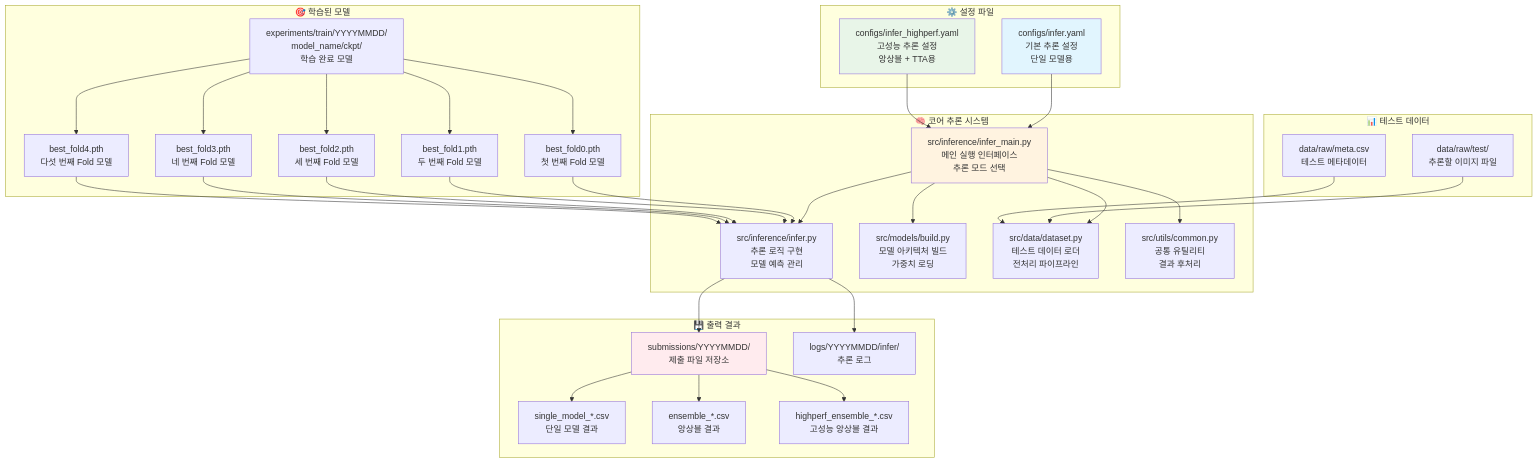
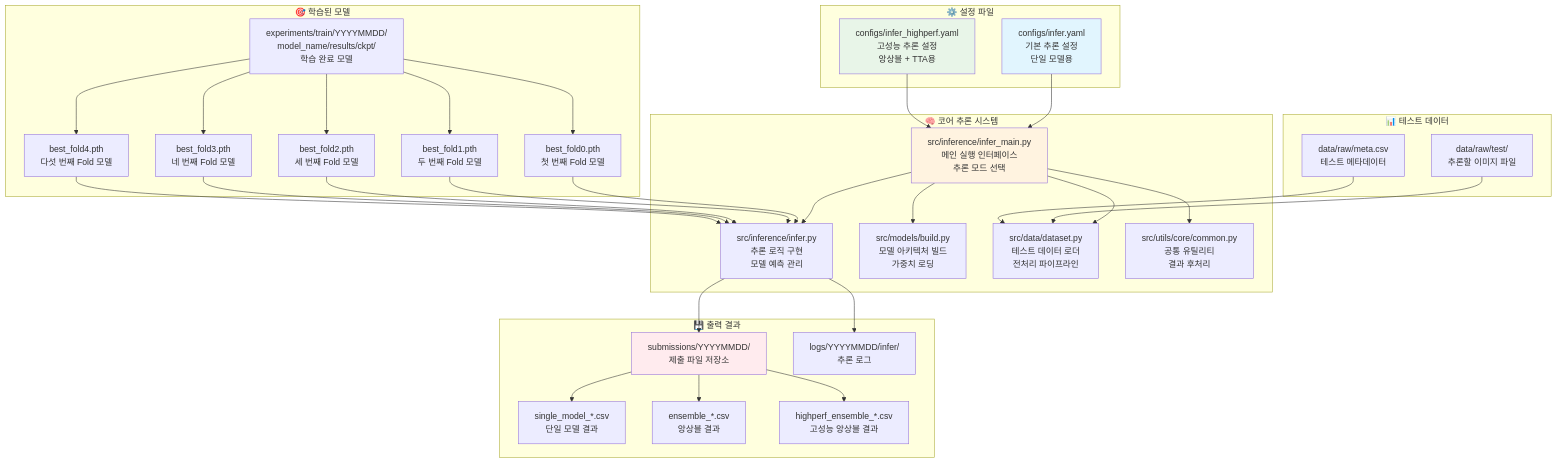
Before and after one commit to nimnusmik/CV_documents_classification_competition: the third of 3 diagrams in docs/추론_파이프라인_가이드.md, drawn with Mermaid. The commit also changed other lines of this file and 2 other files, not shown here.

First line of the commit message:
feat: experiments 디렉토리 구조 변경사항 문서 반영

````diff
--- a/docs/추론_파이프라인_가이드.md
+++ b/docs/추론_파이프라인_가이드.md
@@ -50,71 +50,71 @@
 ```mermaid
 graph TB
     subgraph "⚙️ 설정 파일"
         CONFIG1[configs/infer.yaml<br/>기본 추론 설정<br/>단일 모델용]
         CONFIG2[configs/infer_highperf.yaml<br/>고성능 추론 설정<br/>앙상블 + TTA용]
     end
     
     subgraph "🧠 코어 추론 시스템"
         MAIN[src/inference/infer_main.py<br/>메인 실행 인터페이스<br/>추론 모드 선택]
         INFER[src/inference/infer.py<br/>추론 로직 구현<br/>모델 예측 관리]
         MODELS[src/models/build.py<br/>모델 아키텍처 빌드<br/>가중치 로딩]
         DATA[src/data/dataset.py<br/>테스트 데이터 로더<br/>전처리 파이프라인]
-        UTILS[src/utils/common.py<br/>공통 유틸리티<br/>결과 후처리]
+        UTILS[src/utils/core/common.py<br/>공통 유틸리티<br/>결과 후처리]
     end
     
     subgraph "🎯 학습된 모델"
-        EXP[experiments/train/YYYYMMDD/<br/>model_name/ckpt/<br/>학습 완료 모델]
+        EXP[experiments/train/YYYYMMDD/<br/>model_name/results/ckpt/<br/>학습 완료 모델]
         FOLD1[best_fold0.pth<br/>첫 번째 Fold 모델]
         FOLD2[best_fold1.pth<br/>두 번째 Fold 모델]
         FOLD3[best_fold2.pth<br/>세 번째 Fold 모델]
         FOLD4[best_fold3.pth<br/>네 번째 Fold 모델]
         FOLD5[best_fold4.pth<br/>다섯 번째 Fold 모델]
     end
     
     subgraph "📊 테스트 데이터"
         TEST[data/raw/test/<br/>추론할 이미지 파일]
         META[data/raw/meta.csv<br/>테스트 메타데이터]
     end
     
     subgraph "💾 출력 결과"
         SUB[submissions/YYYYMMDD/<br/>제출 파일 저장소]
         SINGLE[single_model_*.csv<br/>단일 모델 결과]
         ENSEMBLE[ensemble_*.csv<br/>앙상블 결과]
         HIGHPERF[highperf_ensemble_*.csv<br/>고성능 앙상블 결과]
         LOGS[logs/YYYYMMDD/infer/<br/>추론 로그]
     end
     
     CONFIG1 --> MAIN
     CONFIG2 --> MAIN
     
     MAIN --> INFER
     MAIN --> MODELS
     MAIN --> DATA
     MAIN --> UTILS
     
     EXP --> FOLD1
     EXP --> FOLD2
     EXP --> FOLD3
     EXP --> FOLD4
     EXP --> FOLD5
     
     FOLD1 --> INFER
     FOLD2 --> INFER
     FOLD3 --> INFER
     FOLD4 --> INFER
     FOLD5 --> INFER
     
     TEST --> DATA
     META --> DATA
     
     INFER --> SUB
     SUB --> SINGLE
     SUB --> ENSEMBLE
     SUB --> HIGHPERF
     INFER --> LOGS
     
     style CONFIG1 fill:#e1f5fe
     style CONFIG2 fill:#e8f5e8
     style MAIN fill:#fff3e0
     style SUB fill:#ffebee
 ```
````
